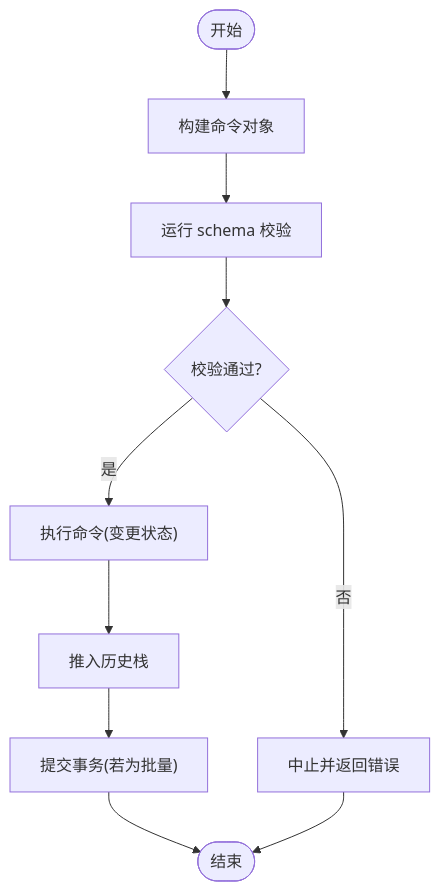
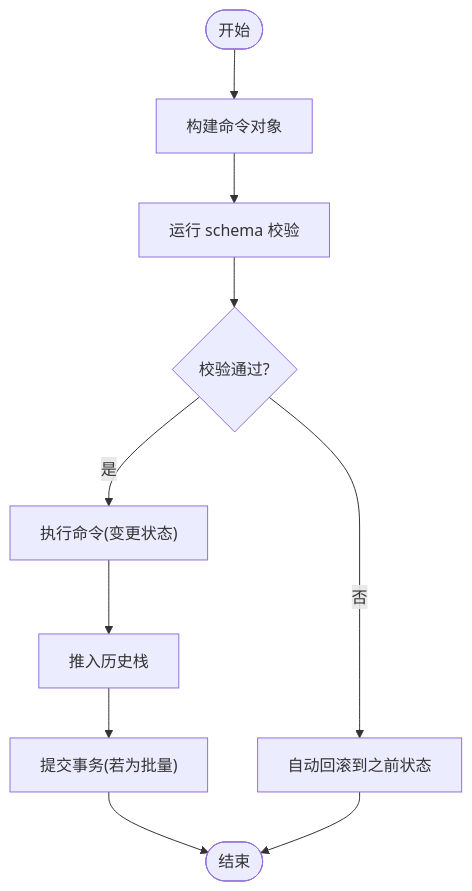
The fourth of 12 diagrams in .qoder/repowiki/zh/content/架构设计/核心模块设计/画布编辑器设计/画布编辑器设计.md (AIMFllyYS/code-video-canvas), drawn with Mermaid before and after one commit. The commit also changed other lines of this file and 31 other files, not shown here.

````diff
--- a/.qoder/repowiki/zh/content/架构设计/核心模块设计/画布编辑器设计/画布编辑器设计.md
+++ b/.qoder/repowiki/zh/content/架构设计/核心模块设计/画布编辑器设计/画布编辑器设计.md
@@ -257,12 +265,12 @@
 ```mermaid
 flowchart TD
 Start(["开始"]) --> BuildCmd["构建命令对象"]
 BuildCmd --> Validate["运行 schema 校验"]
 Validate --> Valid{"校验通过?"}
-Valid --> |否| Abort["中止并返回错误"]
+Valid --> |否| Rollback["自动回滚到之前状态"]
 Valid --> |是| Execute["执行命令(变更状态)"]
 Execute --> PushHistory["推入历史栈"]
 PushHistory --> Commit["提交事务(若为批量)"]
 Commit --> End(["结束"])
-Abort --> End
+Rollback --> End
 ```
````
